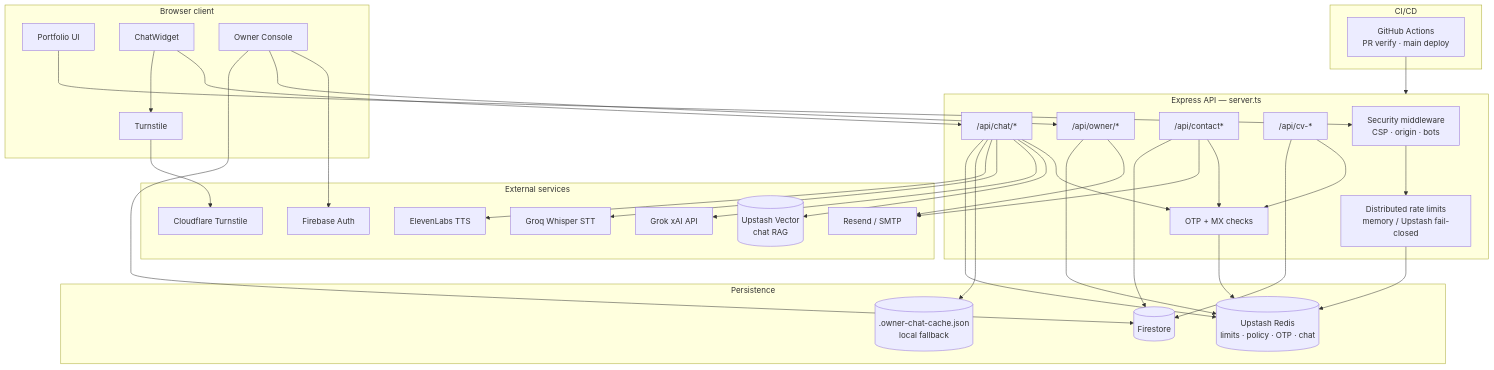
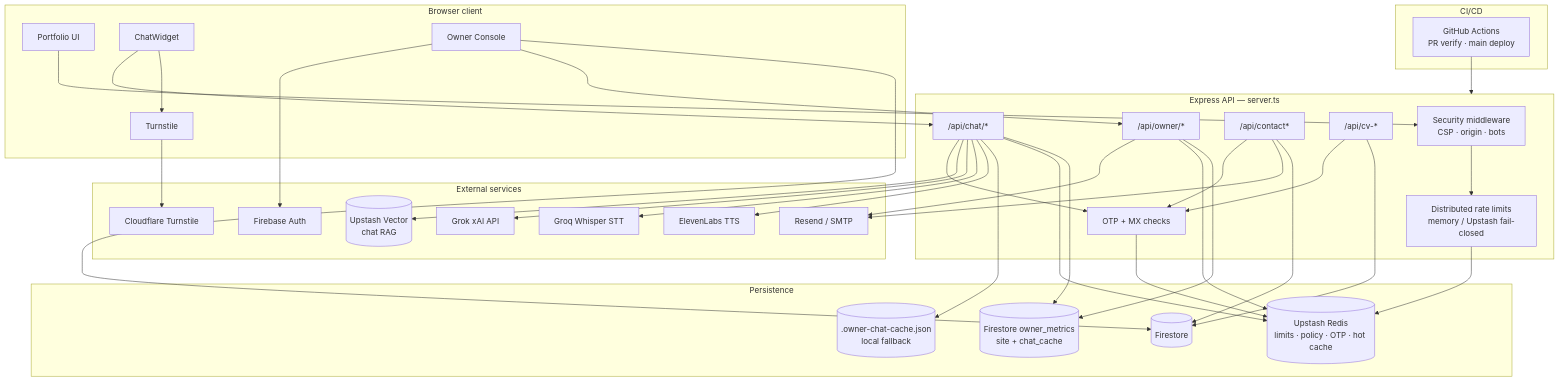
Before and after one commit to mosufyan/sufyan-portfolio: the first of 6 diagrams in docs/ARCHITECTURE.md, drawn with Mermaid. The commit also changed other lines of this file and 9 other files, not shown here.

First line of the commit message:
fix: persist owner metrics and chat across Cloud Run deploys (#44)

````diff
--- a/docs/ARCHITECTURE.md
+++ b/docs/ARCHITECTURE.md
@@ -11,64 +11,67 @@
 ```mermaid
 flowchart TB
   subgraph Client["Browser client"]
     UI[Portfolio UI]
     Chat[ChatWidget]
     Owner[Owner Console]
     TS[Turnstile]
   end
 
   subgraph Edge["Express API — server.ts"]
     Sec[Security middleware<br/>CSP · origin · bots]
     RL[Distributed rate limits<br/>memory / Upstash fail-closed]
     OTP[OTP + MX checks]
     ChatAPI["/api/chat/*"]
     Contact["/api/contact*"]
     CV["/api/cv-*"]
     OwnerAPI["/api/owner/*"]
   end
 
   subgraph Data["Persistence"]
     FS[(Firestore)]
-    Redis[(Upstash Redis<br/>limits · policy · OTP · chat)]
+    Redis[(Upstash Redis<br/>limits · policy · OTP · hot cache)]
+    FSMetrics[(Firestore owner_metrics<br/>site + chat_cache)]
     Disk[(.owner-chat-cache.json<br/>local fallback)]
   end
 
   subgraph External["External services"]
     FB[Firebase Auth]
     Mail[Resend / SMTP]
     Vector[(Upstash Vector<br/>chat RAG)]
     Grok[Grok xAI API]
     Groq[Groq Whisper STT]
     Eleven[ElevenLabs TTS]
     CF[Cloudflare Turnstile]
   end
 
   subgraph CICD["CI/CD"]
     GH[GitHub Actions<br/>PR verify · main deploy]
   end
 
   UI --> Sec
   Chat --> ChatAPI
   Chat --> TS --> CF
   Owner --> FB
   Owner --> OwnerAPI
   Owner --> FS
   Sec --> RL
   RL --> Redis
   ChatAPI --> OTP
   ChatAPI --> Vector
   ChatAPI --> Grok
   ChatAPI --> Groq
   ChatAPI --> Eleven
   ChatAPI --> Disk
   ChatAPI --> Redis
+  ChatAPI --> FSMetrics
   Contact --> OTP
   Contact --> Mail
   Contact --> FS
   OTP --> Redis
   CV --> OTP
   CV --> FS
   OwnerAPI --> Mail
   OwnerAPI --> Redis
+  OwnerAPI --> FSMetrics
   GH --> Edge
 ```
````
